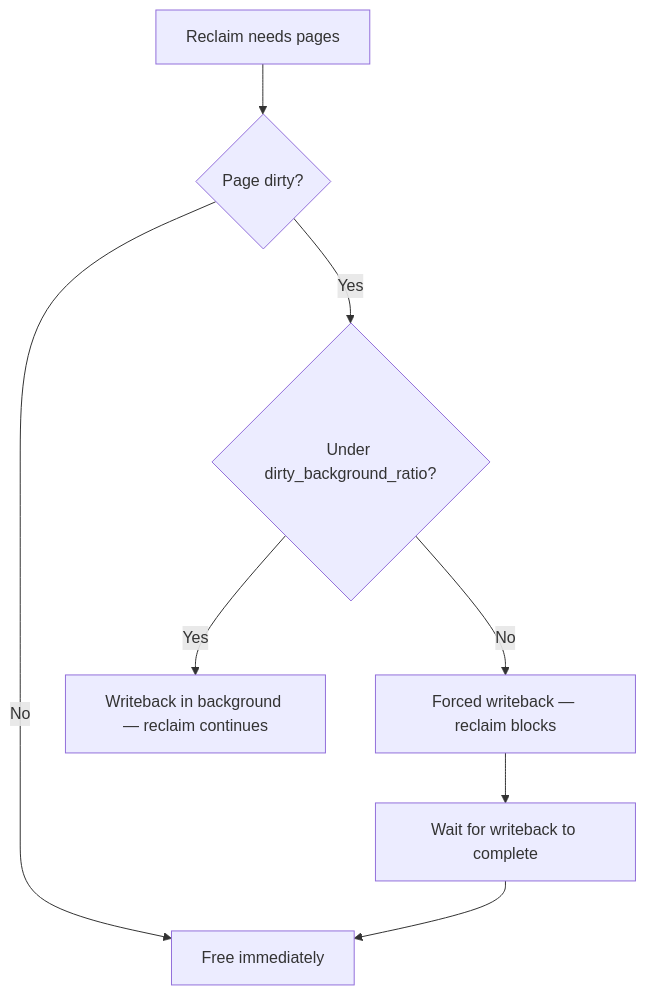
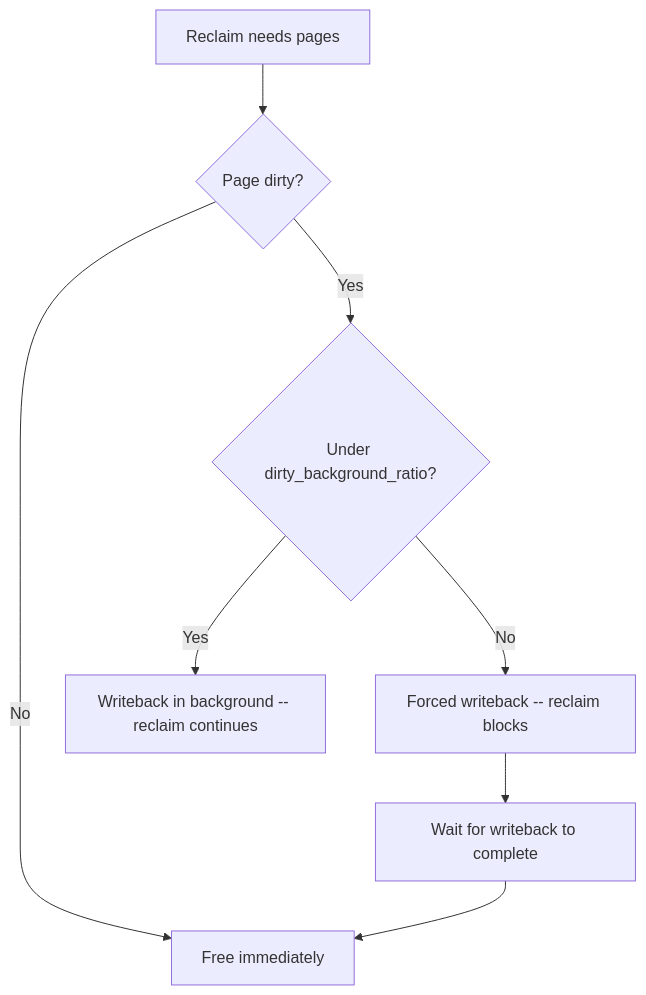
The fourth of 8 diagrams in src/kernel/memory/writeback.md (Abhinav-Kumar012/lb2), drawn with Mermaid before and after one commit. The commit also changed other lines of this file and 211 other files, not shown here.

First line of the commit message:
fix: mermaid syntax issues across 212 files

````diff
--- a/src/kernel/memory/writeback.md
+++ b/src/kernel/memory/writeback.md
@@ -386,10 +386,10 @@
 ```mermaid
 flowchart TD
     A[Reclaim needs pages] --> B{Page dirty?}
     B -->|No| C[Free immediately]
     B -->|Yes| D{Under dirty_background_ratio?}
-    D -->|Yes| E[Writeback in background — reclaim continues]
-    D -->|No| F[Forced writeback — reclaim blocks]
+    D -->|Yes| E[Writeback in background -- reclaim continues]
+    D -->|No| F[Forced writeback -- reclaim blocks]
     F --> G[Wait for writeback to complete]
     G --> C
 ```
````
